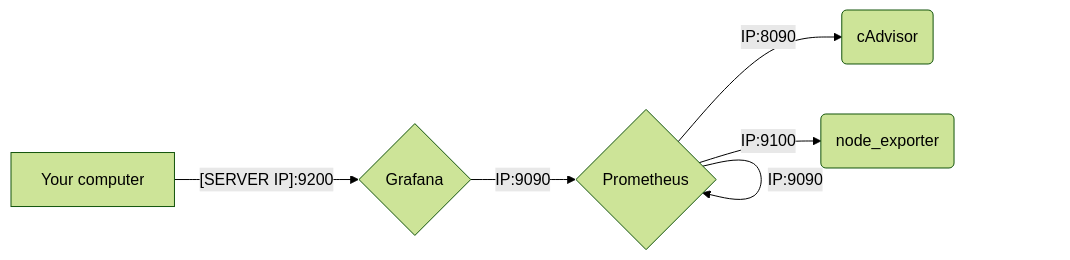
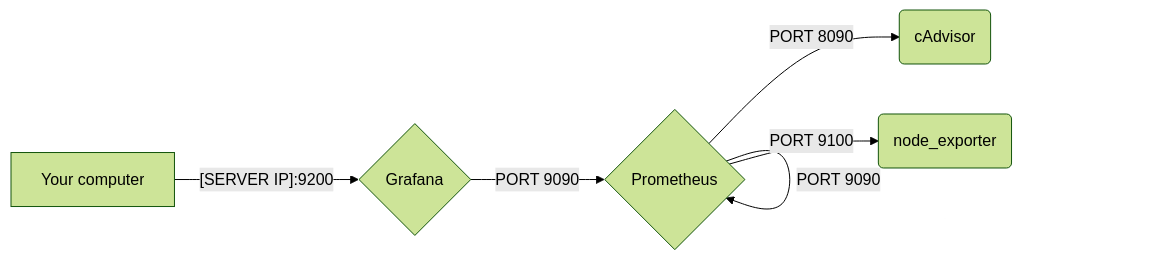
One commit to YR72dpi/debianMonitoring changed the diagram in README.md. Above: the diagram before and after it, drawn with Mermaid (forest theme).

Commit message:
fix: mermaid error

````diff
--- a/README.md
+++ b/README.md
@@ -13,14 +13,14 @@
 ```mermaid
 graph LR
 grafana{Grafana} 
 prometheus{Prometheus} 
 cAdvisor(cAdvisor) 
 node_exporter(node_exporter) 
 computer[Your computer] 
 
-prometheus -- IP:8090 --> cAdvisor 
-prometheus -- IP:9100 --> node_exporter 
-prometheus -- IP:9090 --> prometheus 
-grafana -- IP:9090 --> prometheus 
+prometheus -- PORT 8090 --> cAdvisor 
+prometheus -- PORT 9100 --> node_exporter 
+prometheus -- PORT 9090 --> prometheus 
+grafana -- PORT 9090 --> prometheus 
 computer -- [SERVER IP]:9200 --> grafana 
 ```
````
